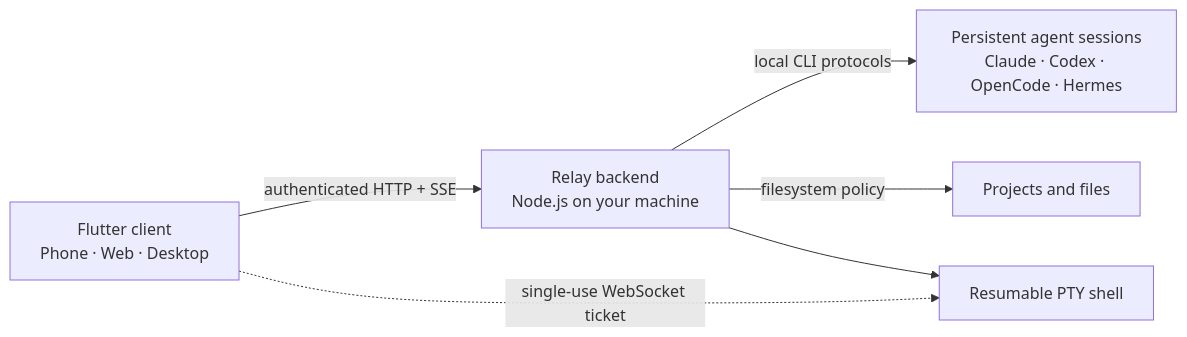
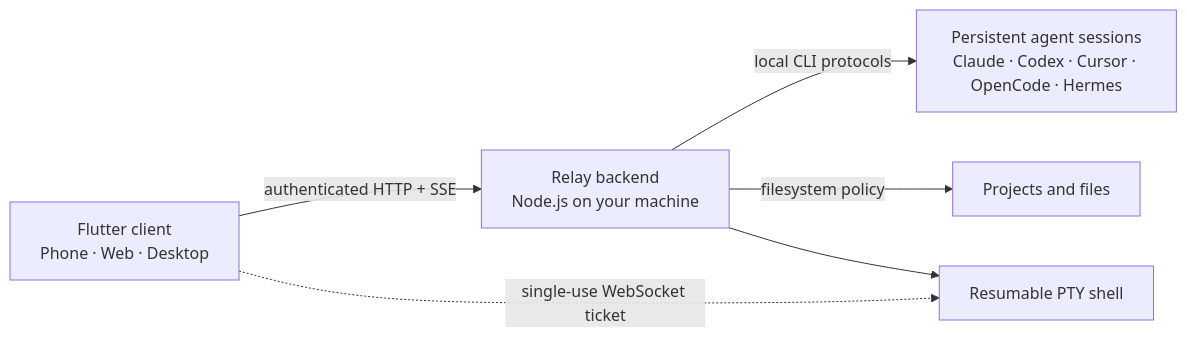
One commit to elin66alpha/Relay changed the diagram in README.md. Above: the diagram before and after it, drawn with Mermaid. The commit also changed other lines of this file and 114 other files, not shown here.

````diff
--- a/README.md
+++ b/README.md
@@ -76,14 +76,14 @@
 ```mermaid
 flowchart LR
     C["Flutter client<br/>Phone · Web · Desktop"]
     R["Relay backend<br/>Node.js on your machine"]
-    A["Persistent agent sessions<br/>Claude · Codex · OpenCode · Hermes"]
+    A["Persistent agent sessions<br/>Claude · Codex · Cursor · OpenCode · Hermes"]
     F["Projects and files"]
     T["Resumable PTY shell"]
 
     C -->|"authenticated HTTP + SSE"| R
     R -->|"local CLI protocols"| A
     R -->|"filesystem policy"| F
     C -. "single-use WebSocket ticket" .-> T
     R --> T
 ```
````
